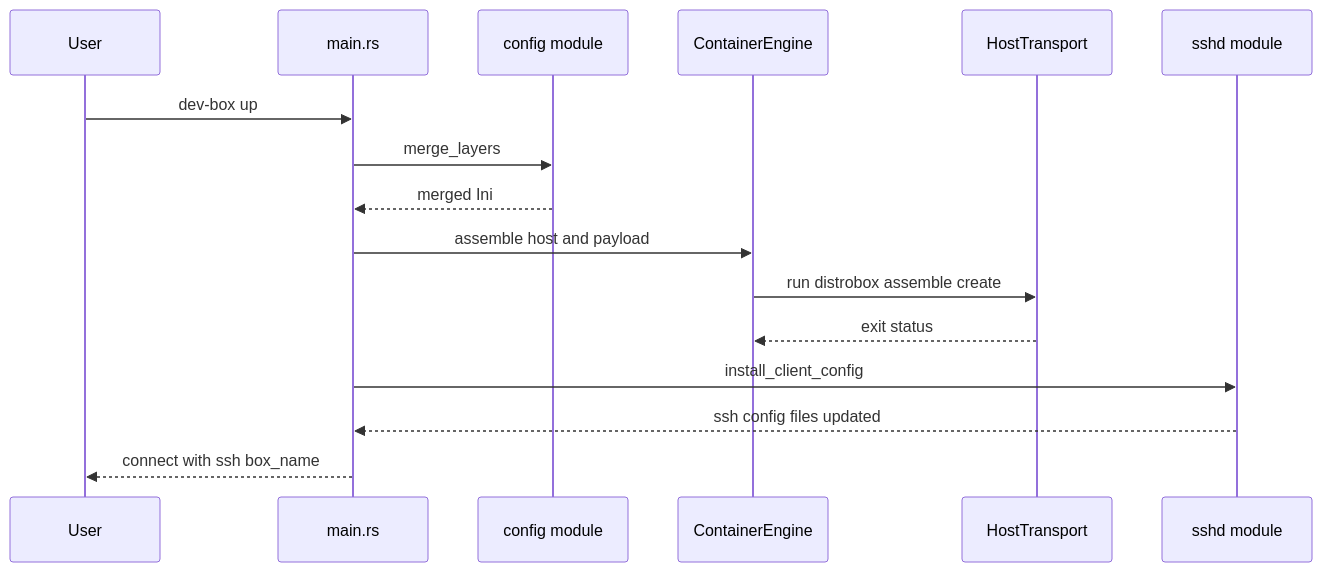
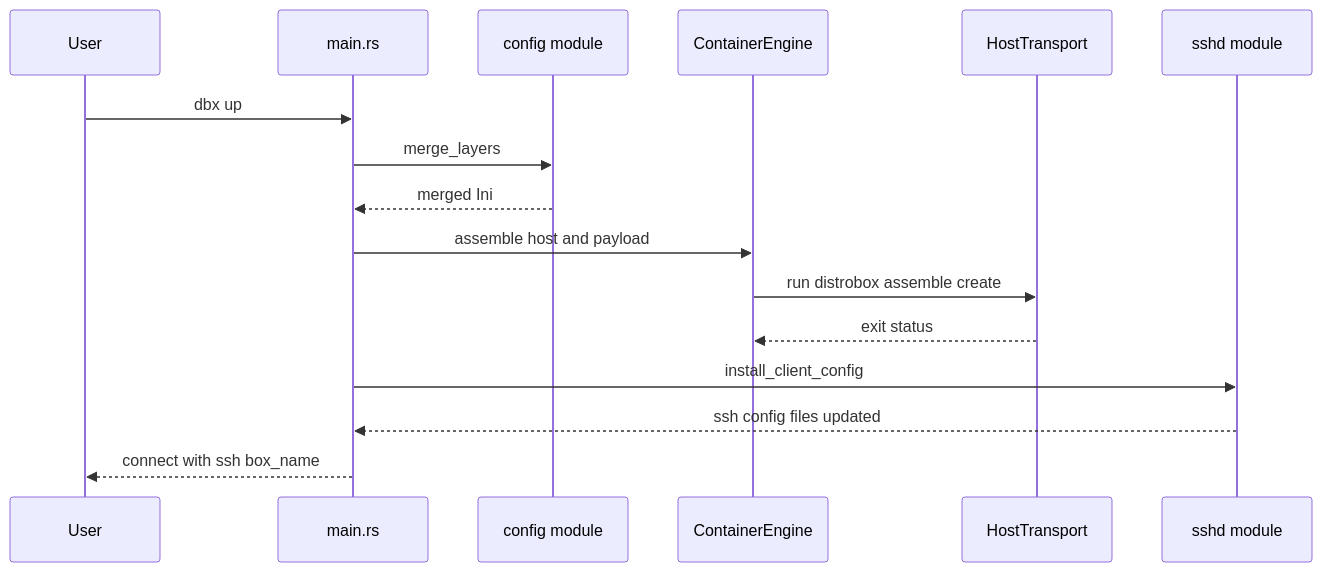
One commit to awasew/dev-box changed the fourth of 6 diagrams in docs/architecture.md. Above: the diagram before and after it, drawn with Mermaid. The commit also changed other lines of this file and 25 other files, not shown here.

````diff
--- a/docs/architecture.md
+++ b/docs/architecture.md
@@ -172,19 +172,19 @@
 ```mermaid
 sequenceDiagram
     participant User
     participant Main as main.rs
     participant Cfg as config module
     participant Eng as ContainerEngine
     participant Host as HostTransport
     participant Sshd as sshd module
 
-    User->>Main: dev-box up
+    User->>Main: dbx up
     Main->>Cfg: merge_layers
     Cfg-->>Main: merged Ini
     Main->>Eng: assemble host and payload
     Eng->>Host: run distrobox assemble create
     Host-->>Eng: exit status
     Main->>Sshd: install_client_config
     Sshd-->>Main: ssh config files updated
     Main-->>User: connect with ssh box_name
 ```
````
